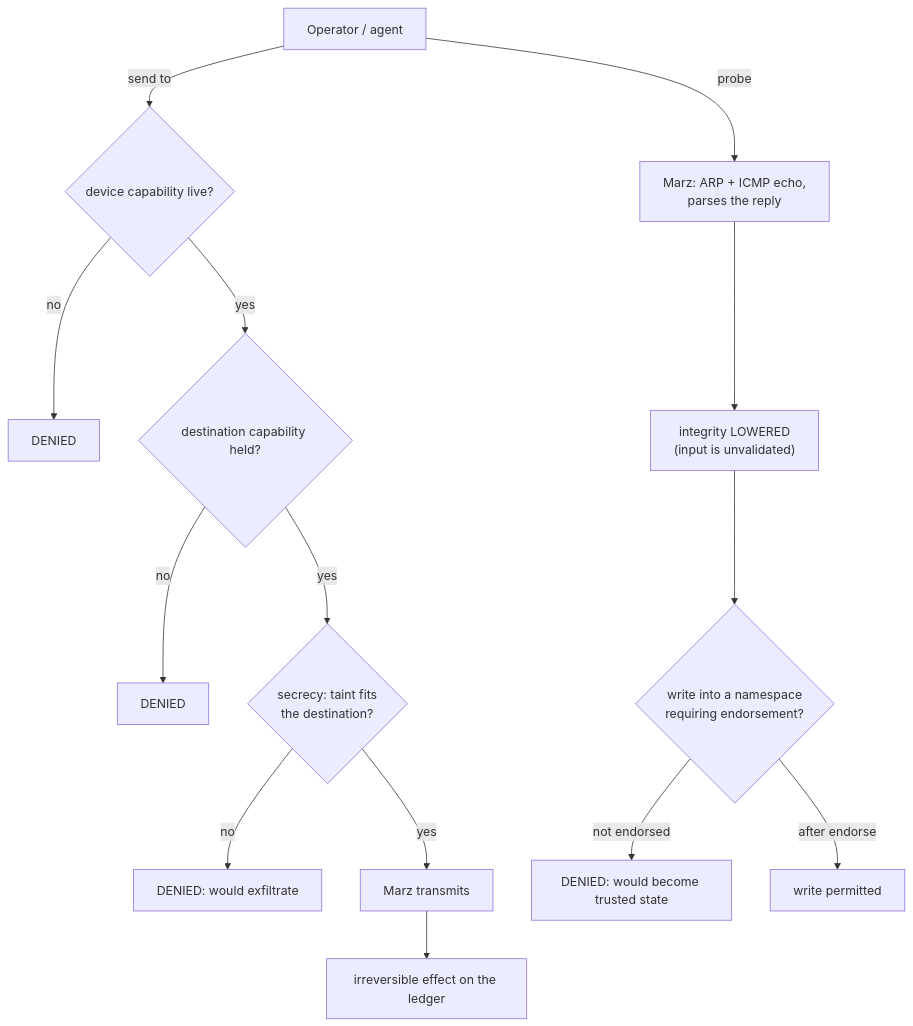
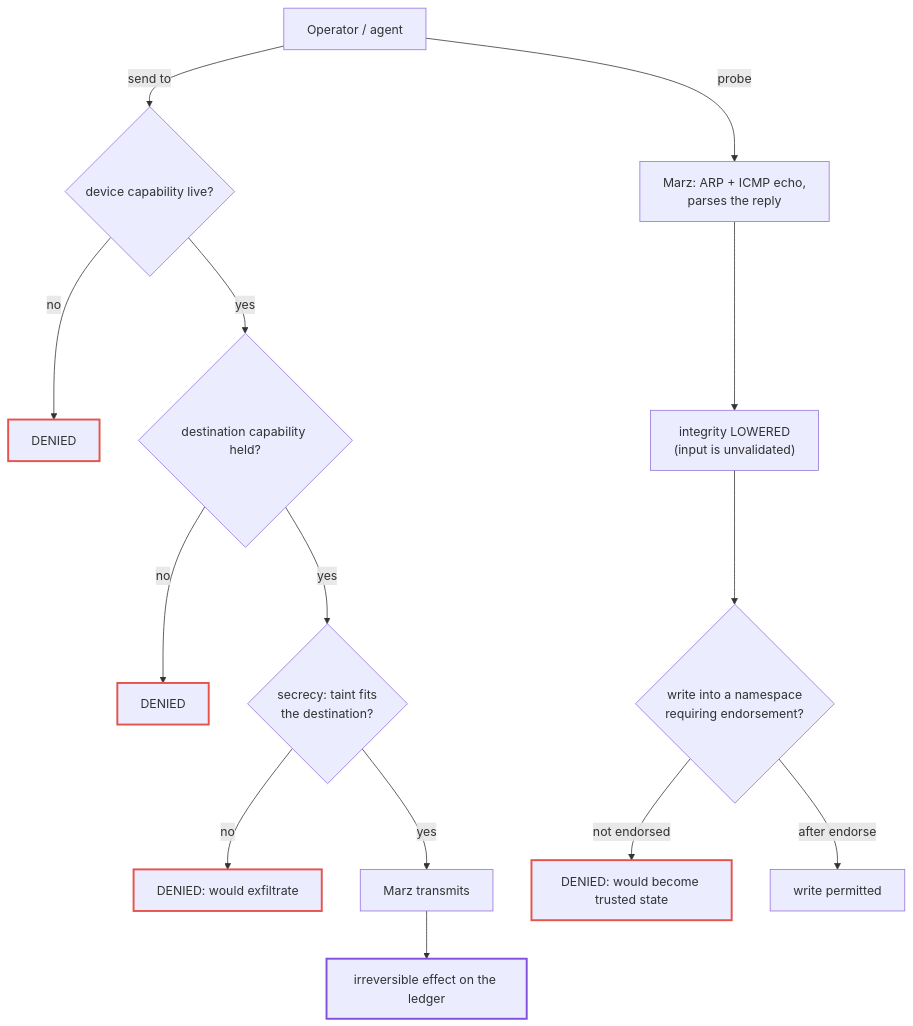
One commit to alisalimi77/Dezh changed the fourth of 12 diagrams in docs/ARCHITECTURE.md. Above: the diagram before and after it, drawn with Mermaid. The commit also changed other lines of this file and 1 other file, not shown here.

First line of the commit message:
docs: give the mermaid diagrams one vocabulary, and pin CI to least privilege

````diff
--- a/docs/ARCHITECTURE.md
+++ b/docs/ARCHITECTURE.md
@@ -468,19 +468,24 @@
 ```mermaid
 flowchart TB
     Op["Operator / agent"]
 
     Op -->|"send to <dest>"| G1{"device capability live?"}
     G1 -->|no| D1["DENIED"]
     G1 -->|yes| G2{"destination capability held?"}
     G2 -->|no| D2["DENIED"]
     G2 -->|yes| G3{"secrecy: taint fits<br/>the destination?"}
     G3 -->|no| D3["DENIED: would exfiltrate"]
     G3 -->|yes| TX["Marz transmits"]
     TX --> L["irreversible effect on the ledger"]
 
     Op -->|"probe <dest>"| RX["Marz: ARP + ICMP echo,<br/>parses the reply"]
     RX --> I["integrity LOWERED<br/>(input is unvalidated)"]
     I --> G4{"write into a namespace<br/>requiring endorsement?"}
     G4 -->|not endorsed| D4["DENIED: would become trusted state"]
     G4 -->|after endorse| W["write permitted"]
+
+    classDef deny stroke:#e5534b,stroke-width:2.5px;
+    classDef ledger stroke:#8250df,stroke-width:2.5px;
+    class D1,D2,D3,D4 deny
+    class L ledger
 ```
````
